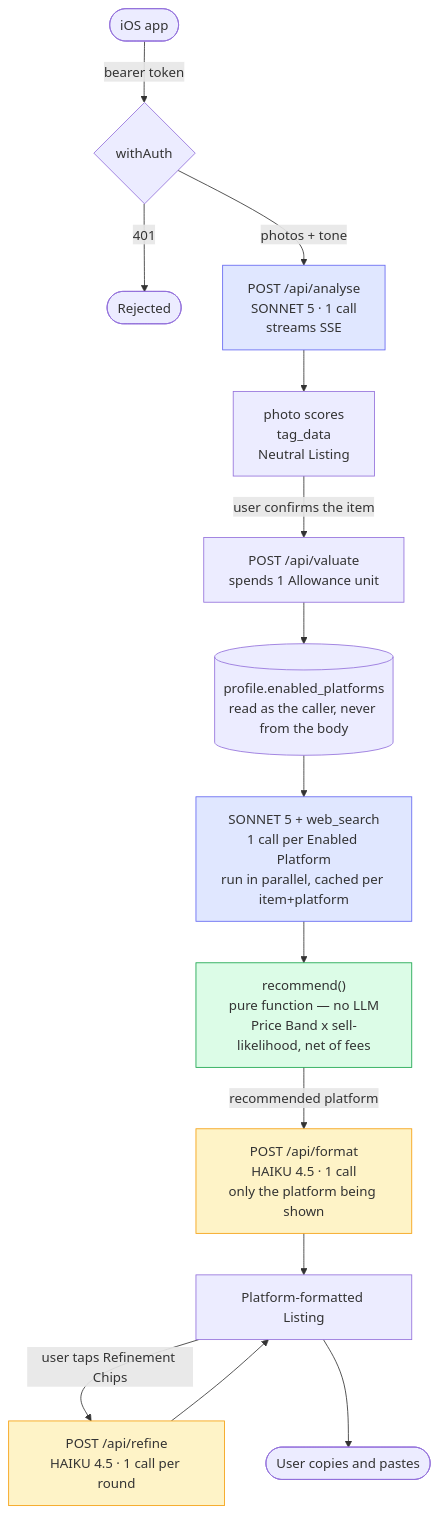
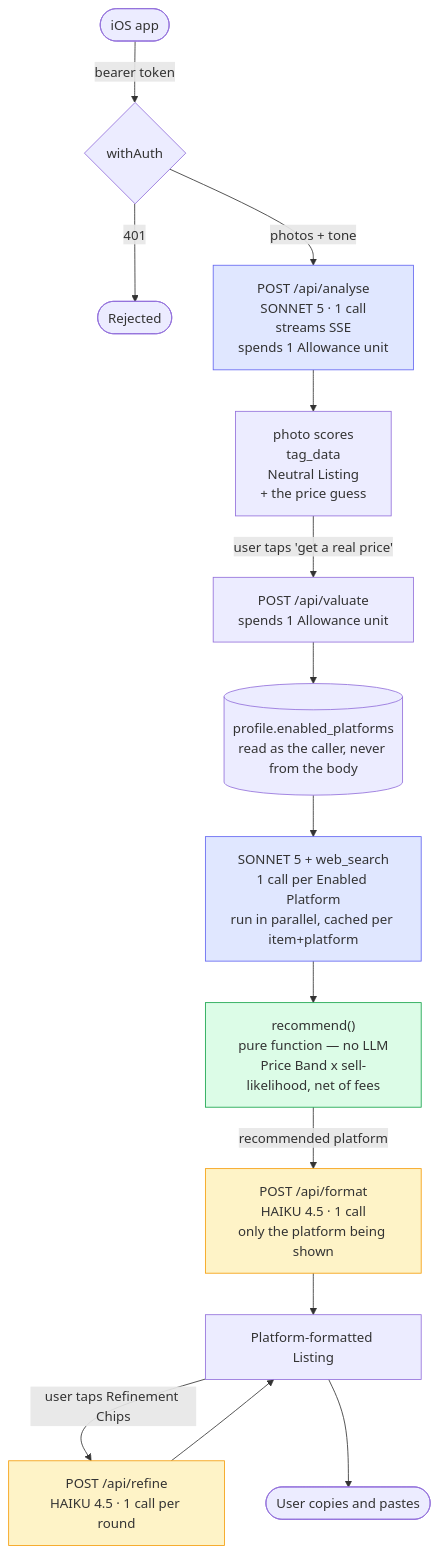
Before and after one commit to jadaross/listd: the diagram in ARCHITECTURE.md, drawn with Mermaid. The commit also changed other lines of this file and 2 other files, not shown here.

````diff
--- a/ARCHITECTURE.md
+++ b/ARCHITECTURE.md
@@ -10,26 +10,26 @@
 ```mermaid
 flowchart TD
     User([iOS app]) -->|bearer token| Auth{withAuth}
     Auth -->|401| Reject([Rejected])
 
-    Auth -->|photos + tone| Analyse["POST /api/analyse<br/>SONNET 5 · 1 call<br/>streams SSE"]
-    Analyse --> Neutral["photo scores<br/>tag_data<br/>Neutral Listing"]
+    Auth -->|photos + tone| Analyse["POST /api/analyse<br/>SONNET 5 · 1 call<br/>streams SSE<br/>spends 1 Allowance unit"]
+    Analyse --> Neutral["photo scores<br/>tag_data<br/>Neutral Listing<br/>+ the price guess"]
 
-    Neutral -->|user confirms the item| Valuate["POST /api/valuate<br/>spends 1 Allowance unit"]
+    Neutral -->|"user taps 'get a real price'"| Valuate["POST /api/valuate<br/>spends 1 Allowance unit"]
     Valuate --> Profile[("profile.enabled_platforms<br/>read as the caller, never from the body")]
     Profile --> Bands["SONNET 5 + web_search<br/>1 call per Enabled Platform<br/>run in parallel, cached per item+platform"]
     Bands --> Recommend["recommend()<br/>pure function — no LLM<br/>Price Band x sell-likelihood, net of fees"]
 
     Recommend -->|recommended platform| Format["POST /api/format<br/>HAIKU 4.5 · 1 call<br/>only the platform being shown"]
     Format --> Listing[Platform-formatted Listing]
 
     Listing -->|user taps Refinement Chips| Refine["POST /api/refine<br/>HAIKU 4.5 · 1 call per round"]
     Refine --> Listing
     Listing --> Copy([User copies and pastes])
 
     style Analyse fill:#e0e7ff,stroke:#6366f1
     style Bands fill:#e0e7ff,stroke:#6366f1
     style Format fill:#fef3c7,stroke:#f59e0b
     style Refine fill:#fef3c7,stroke:#f59e0b
     style Recommend fill:#dcfce7,stroke:#16a34a
 ```
````
